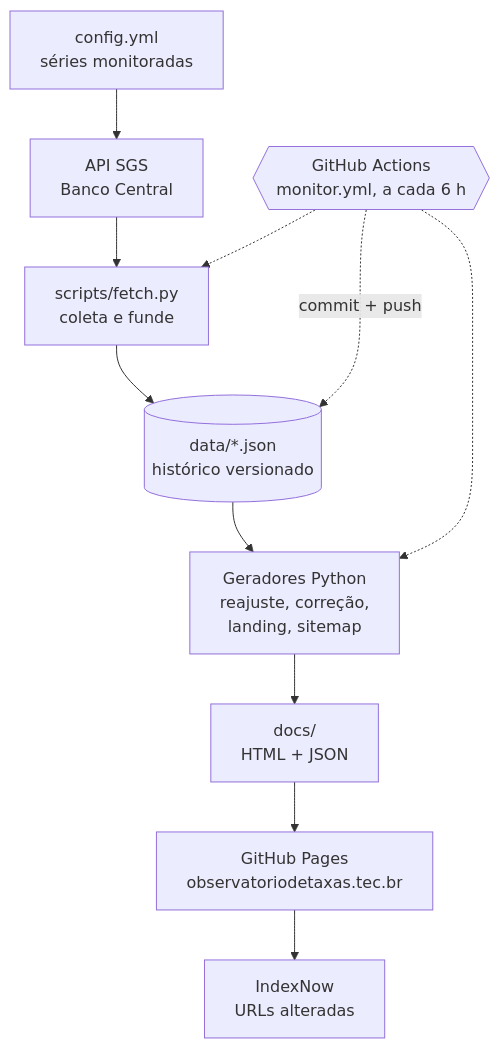
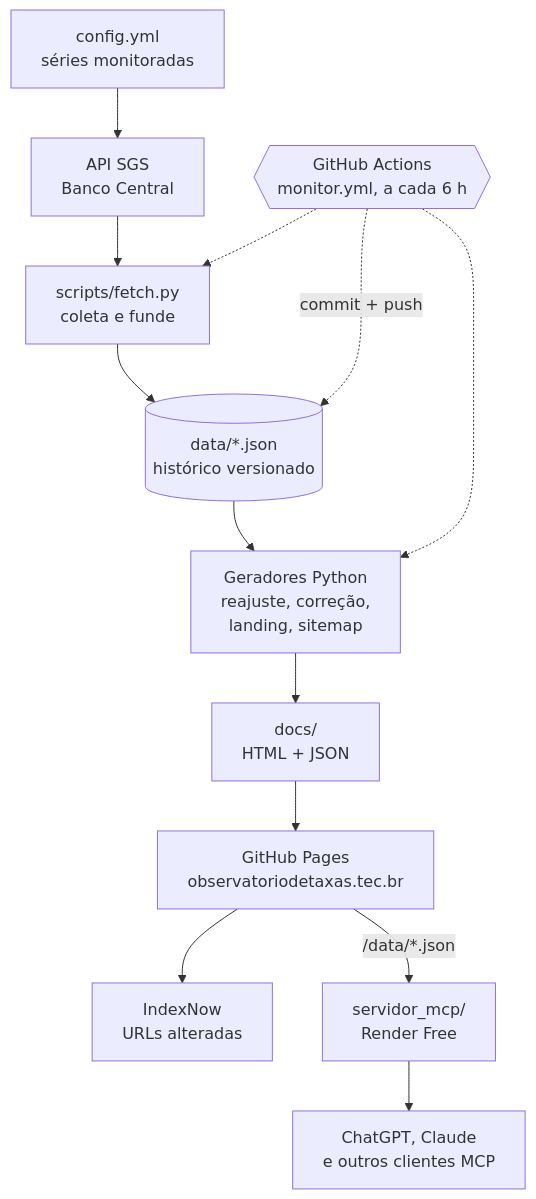
Before and after one commit to iosbilario/observatorio-taxas: the diagram in README.md, drawn with Mermaid. The commit also changed other lines of this file and 4 other files, not shown here.

Commit message:
release: v1.7.0 com o servidor MCP (README, CITATION, notas)

````diff
--- a/README.md
+++ b/README.md
@@ -64,13 +100,15 @@
 ```mermaid
 flowchart TD
   A["config.yml<br/>séries monitoradas"] --> B["API SGS<br/>Banco Central"]
   B --> C["scripts/fetch.py<br/>coleta e funde"]
   C --> D[("data/*.json<br/>histórico versionado")]
   D --> E["Geradores Python<br/>reajuste, correção,<br/>landing, sitemap"]
   E --> F["docs/<br/>HTML + JSON"]
   F --> G["GitHub Pages<br/>observatoriodetaxas.tec.br"]
   G --> H["IndexNow<br/>URLs alteradas"]
+  G -- "/data/*.json" --> I["servidor_mcp/<br/>Render Free"]
+  I --> J["ChatGPT, Claude<br/>e outros clientes MCP"]
   M{{"GitHub Actions<br/>monitor.yml, a cada 6 h"}} -.-> C
   M -.-> E
   M -. "commit + push" .-> D
 ```
````
